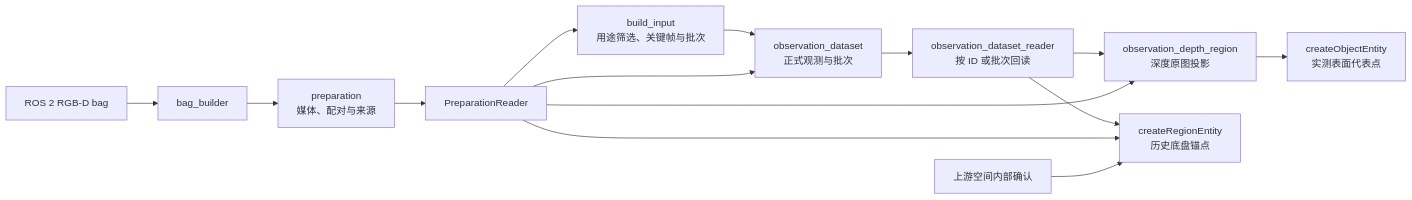
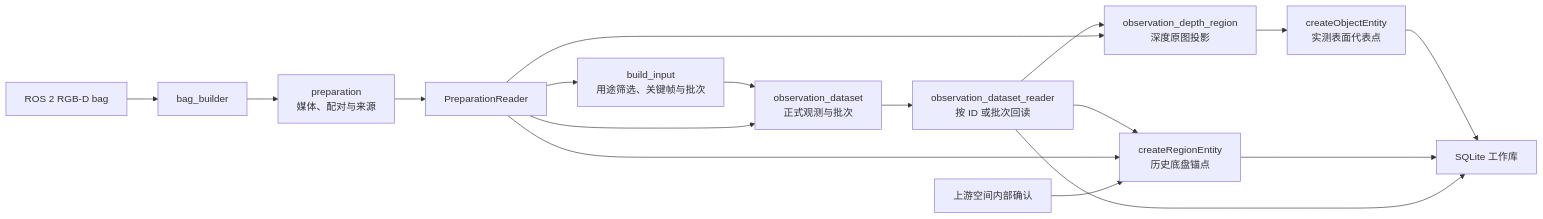
Before and after one commit to Anoool/vln_memory: the diagram in docx/project/architecture.md, drawn with Mermaid. The commit also changed other lines of this file and 21 other files, not shown here.

````diff
--- a/docx/project/architecture.md
+++ b/docx/project/architecture.md
@@ -7,16 +7,19 @@
 ```mermaid
 flowchart LR
     Bag["ROS 2 RGB-D bag"] --> Builder["bag_builder"]
     Builder --> Preparation["preparation<br/>媒体、配对与来源"]
     Preparation --> Reader["PreparationReader"]
     Reader --> Select["build_input<br/>用途筛选、关键帧与批次"]
     Select --> Dataset["observation_dataset<br/>正式观测与批次"]
     Dataset --> DatasetReader["observation_dataset_reader<br/>按 ID 或批次回读"]
     Reader --> Dataset
     DatasetReader --> Geometry["observation_depth_region<br/>深度原图投影"]
     Reader --> Geometry
     Geometry --> Object["createObjectEntity<br/>实测表面代表点"]
     DatasetReader --> Region["createRegionEntity<br/>历史底盘锚点"]
     Reader --> Region
     Confirmation["上游空间内部确认"] --> Region
+    Object --> Store["SQLite 工作库"]
+    Region --> Store
+    DatasetReader --> Store
 ```
````
